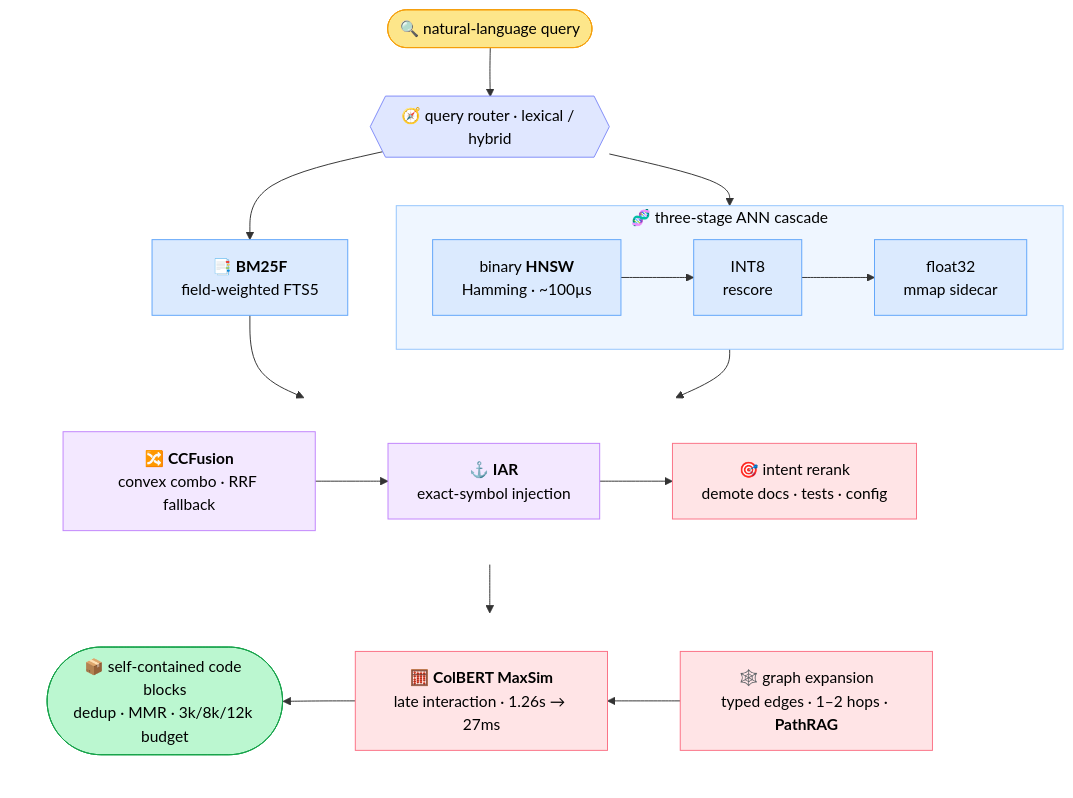
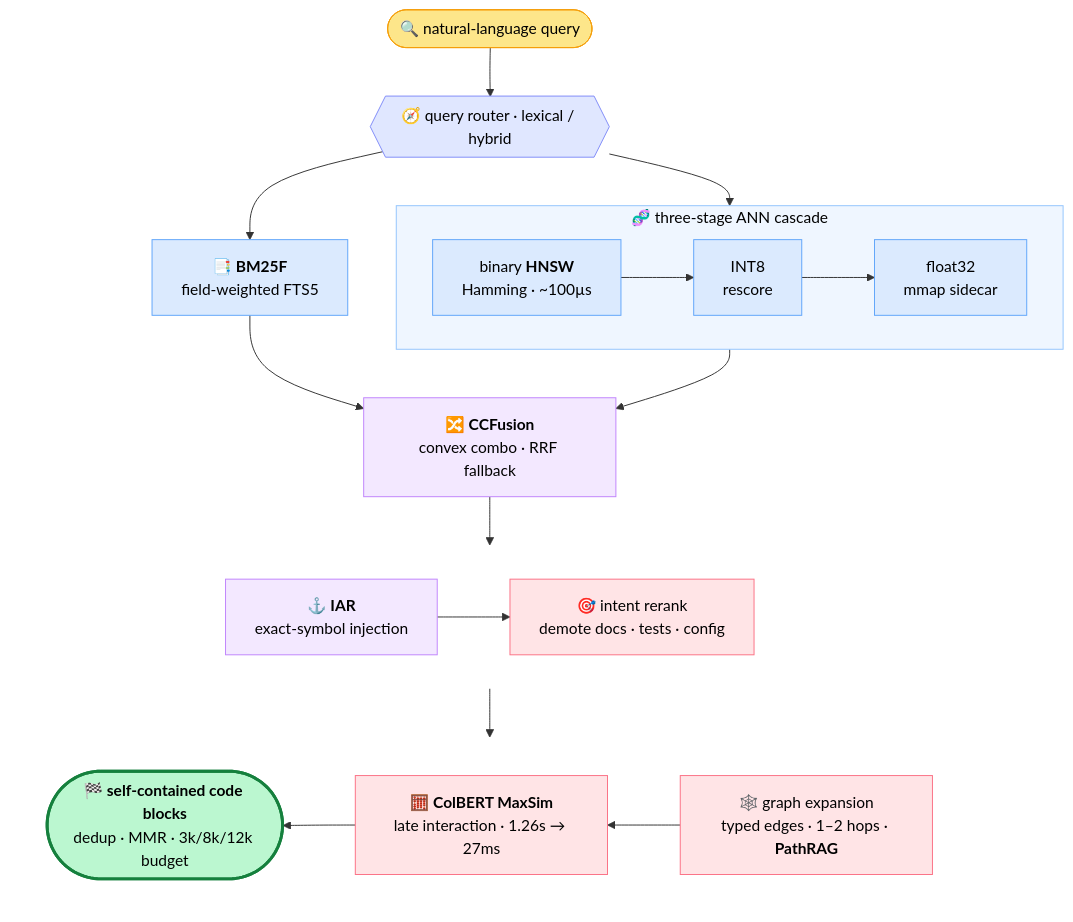
The diagram in README.md (mrsladoje/sweet-search), drawn with Mermaid before and after one commit.

Commit message:
fix(readme): clean CCFusion fan-in + finish line in ss-search diagram
Per user feedback on the rendered serpentine:
- CCFusion is now a standalone node; BM25F and ANN both fan into it
  (clean convergence instead of ANN drifting toward intent rerank)
- Snake tail is now IAR->intent (LR) bending to graph->MaxSim->out (RL),
  bend biased right (both rows' turn-nodes sit at the right end)
- Output gets a 🏁 finish line: flag + thick green border so it reads
  as clearly terminal

````diff
--- a/README.md
+++ b/README.md
@@ -217,45 +217,46 @@
 ```mermaid
 flowchart TD
     Q(["🔍  natural-language query"]) --> ROUTE{{"🧭 query router · lexical / hybrid"}}
 
     ROUTE --> BM["📑 <b>BM25F</b><br/>field-weighted FTS5"]
     ROUTE --> ANN
 
     subgraph ANN ["🧬 three-stage ANN cascade"]
         direction LR
         BIN["binary <b>HNSW</b><br/>Hamming · ~100µs"] --> INT["INT8<br/>rescore"] --> FL["float32<br/>mmap sidecar"]
     end
 
-    BM --> ROW1
-    ANN --> ROW1
+    BM  --> FUSE
+    ANN --> FUSE
+    FUSE["🔀 <b>CCFusion</b><br/>convex combo · RRF fallback"] --> ROW1
 
     subgraph ROW1 [" "]
         direction LR
-        FUSE["🔀 <b>CCFusion</b><br/>convex combo · RRF fallback"] --> IAR["⚓ <b>IAR</b><br/>exact-symbol injection"] --> INTENT["🎯 intent rerank<br/>demote docs · tests · config"]
+        IAR["⚓ <b>IAR</b><br/>exact-symbol injection"] --> INTENT["🎯 intent rerank<br/>demote docs · tests · config"]
     end
 
     ROW1 --> ROW2
 
     subgraph ROW2 [" "]
         direction RL
-        GRAPH["🕸️ graph expansion<br/>typed edges · 1–2 hops · <b>PathRAG</b>"] --> MAXSIM["🧮 <b>ColBERT MaxSim</b><br/>late interaction · 1.26s → 27ms"] --> OUT(["📦 self-contained code blocks<br/>dedup · MMR · 3k/8k/12k budget"])
+        GRAPH["🕸️ graph expansion<br/>typed edges · 1–2 hops · <b>PathRAG</b>"] --> MAXSIM["🧮 <b>ColBERT MaxSim</b><br/>late interaction · 1.26s → 27ms"] --> OUT(["🏁 <b>self-contained code blocks</b><br/>dedup · MMR · 3k/8k/12k budget"])
     end
 
     classDef io    fill:#fde68a,stroke:#f59e0b,color:#000;
-    classDef out   fill:#bbf7d0,stroke:#16a34a,color:#000;
+    classDef out   fill:#bbf7d0,stroke:#15803d,color:#000,stroke-width:3px;
     classDef route fill:#e0e7ff,stroke:#818cf8,color:#000;
     classDef lex   fill:#dbeafe,stroke:#60a5fa,color:#000;
     classDef fuse  fill:#f3e8ff,stroke:#c084fc,color:#000;
     classDef rank  fill:#ffe4e6,stroke:#fb7185,color:#000;
 
     class Q io;
     class OUT out;
     class ROUTE route;
     class BM,BIN,INT,FL lex;
     class FUSE,IAR fuse;
     class INTENT,GRAPH,MAXSIM rank;
 
     style ANN  fill:#eff6ff,stroke:#93c5fd,color:#000;
     style ROW1 fill:none,stroke:none;
     style ROW2 fill:none,stroke:none;
 ```
````
